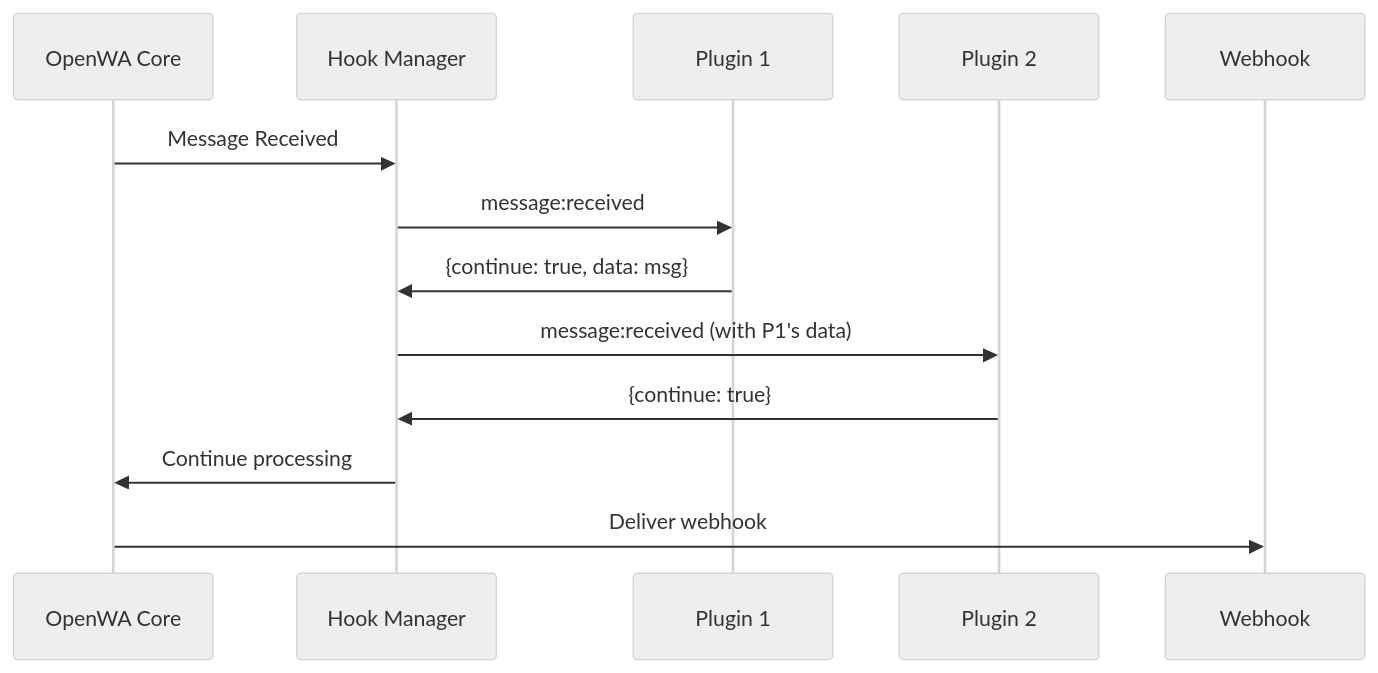
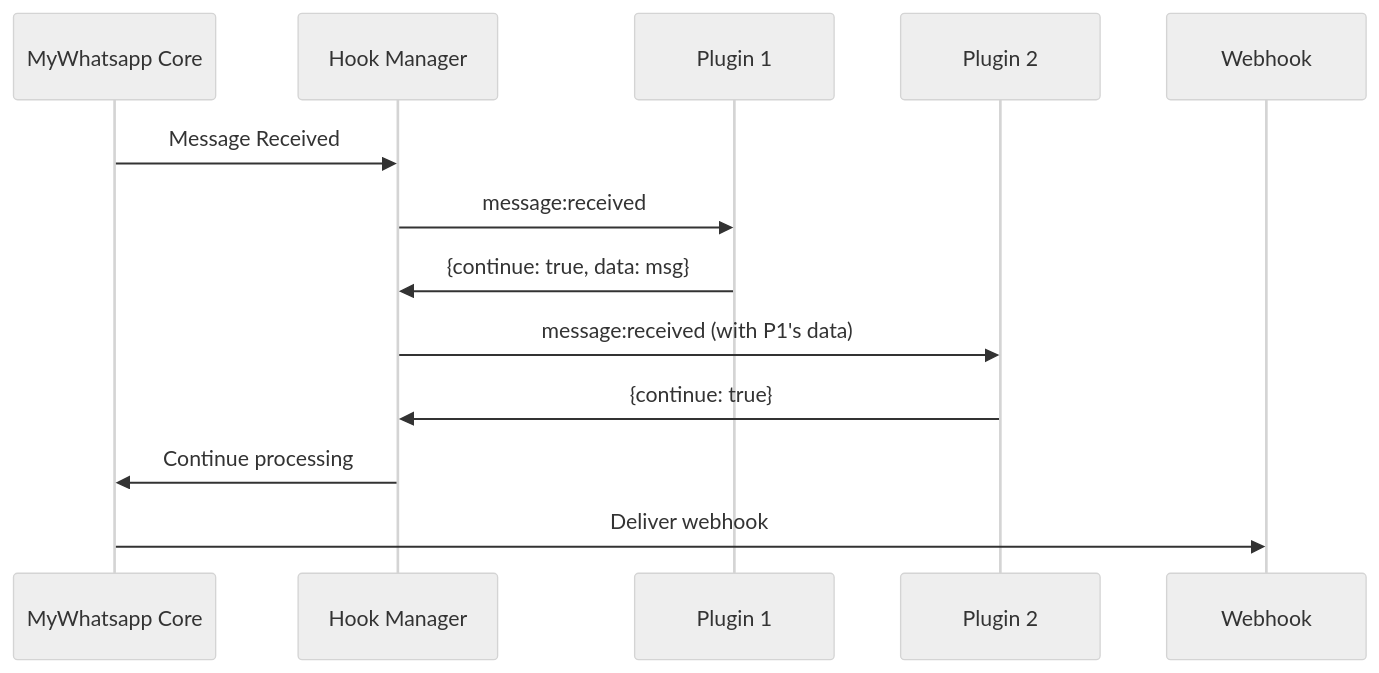
One commit to Myenum2412/whatsapptool changed the third of 3 diagrams in docs/19-plugin-architecture.md. Above: the diagram before and after it, drawn with Mermaid (neutral theme). The commit also changed other lines of this file and 874 other files, not shown here.

````diff
--- a/docs/19-plugin-architecture.md
+++ b/docs/19-plugin-architecture.md
@@ -391,16 +391,16 @@
 ```mermaid
 sequenceDiagram
-    participant Core as OpenWA Core
+    participant Core as MyWhatsapp Core
     participant HM as Hook Manager
     participant P1 as Plugin 1
     participant P2 as Plugin 2
     participant WH as Webhook
 
     Core->>HM: Message Received
     HM->>P1: message:received
     P1->>HM: {continue: true, data: msg}
     HM->>P2: message:received (with P1's data)
     P2->>HM: {continue: true}
     HM->>Core: Continue processing
     Core->>WH: Deliver webhook
 ```
````
